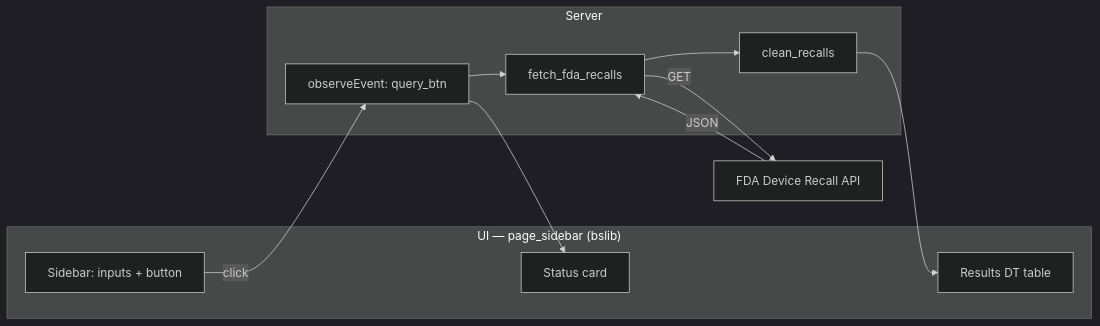
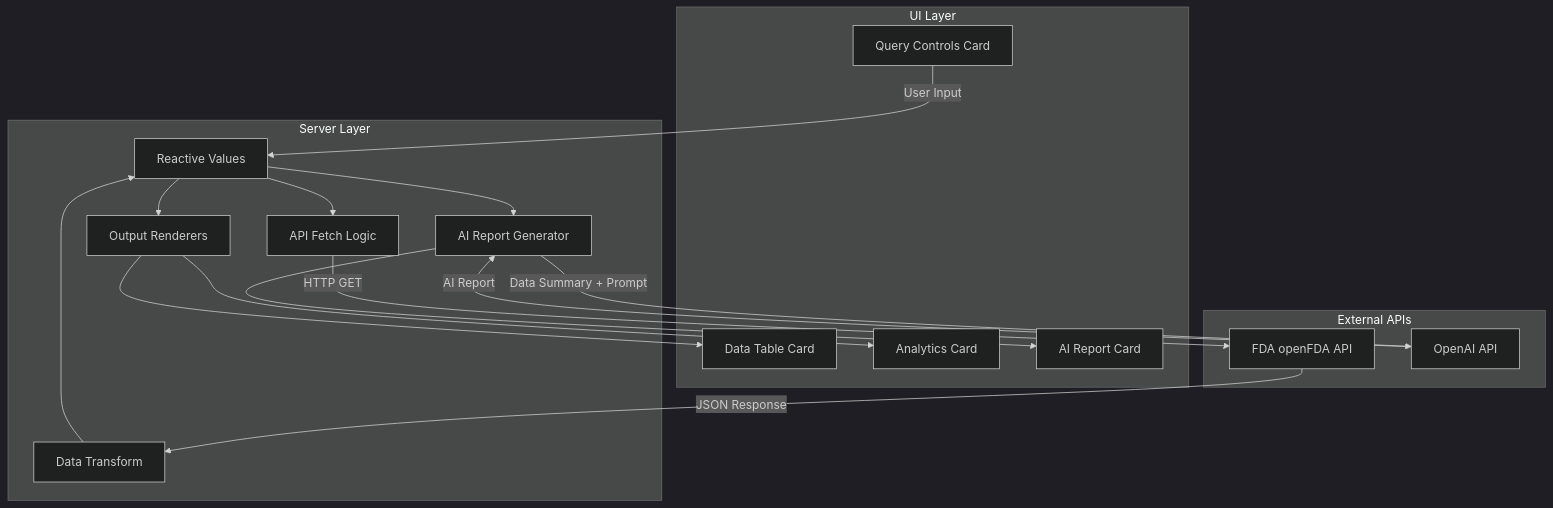
Before and after one commit to yashvigupta7/dsai: the diagram in 02_productivity/shiny_app/README.md, drawn with Mermaid (dark theme). The commit also changed other lines of this file and 5 other files, not shown here.

````diff
--- a/02_productivity/shiny_app/README.md
+++ b/02_productivity/shiny_app/README.md
@@ -64,22 +53,33 @@
 ```mermaid
-graph LR
-    subgraph UI["UI — page_sidebar (bslib)"]
-        A[Sidebar: inputs + button]
-        B[Status card]
-        C[Results DT table]
+graph TB
+    subgraph UI["UI Layer"]
+        U1[Query Controls Card]
+        U2[Data Table Card]
+        U3[Analytics Card]
+        U4[AI Report Card]
     end
-    subgraph Server
-        D[observeEvent: query_btn]
-        E[fetch_fda_recalls]
-        F[clean_recalls]
+    subgraph Server["Server Layer"]
+        S1[Reactive Values]
+        S2[API Fetch Logic]
+        S3[Data Transform]
+        S4[Output Renderers]
+        S5[AI Report Generator]
     end
-    G[FDA Device Recall API]
-
-    A -->|click| D
-    D --> E
-    E -->|GET| G
-    G -->|JSON| E
-    E --> F
-    F --> C
-    D --> B
+    subgraph External["External APIs"]
+        E1[FDA openFDA API]
+        E2[OpenAI API]
+    end
+    
+    U1 -->|User Input| S1
+    S1 --> S2
+    S2 -->|HTTP GET| E1
+    E1 -->|JSON Response| S3
+    S3 --> S1
+    S1 --> S4
+    S4 --> U2
+    S4 --> U3
+    S1 --> S5
+    S5 -->|Data Summary + Prompt| E2
+    E2 -->|AI Report| S5
+    S5 --> U4
 ```
````
